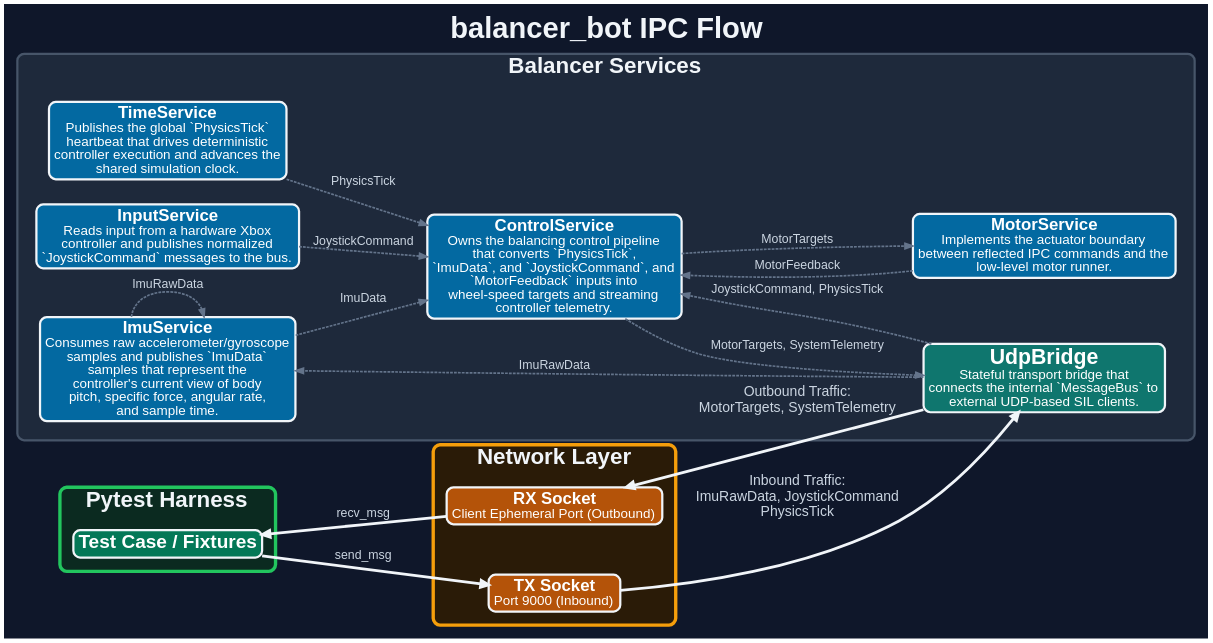
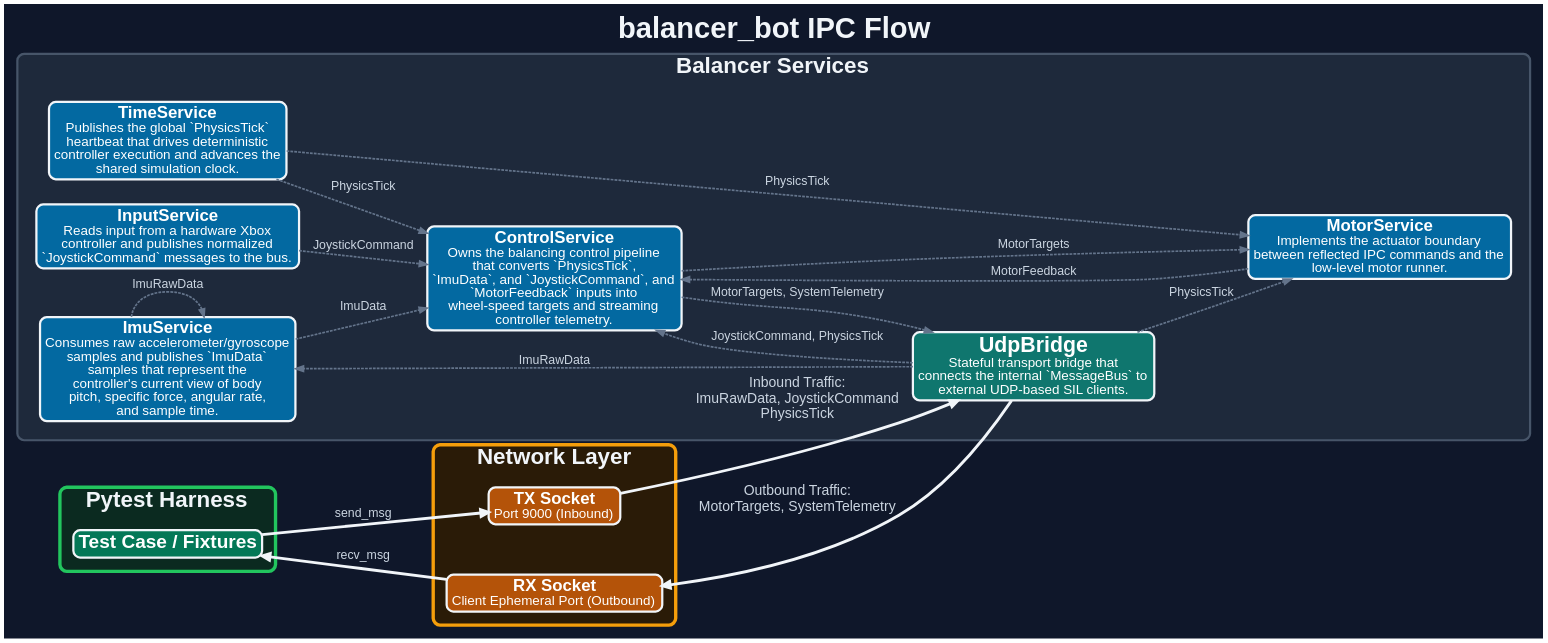
One commit to AxelBjork/balancer_bot changed the diagram in doc/ipc/ipc_flow.dot. Above: the diagram before and after it, drawn with Graphviz. The commit also changed 29 other files, not shown here.

```diff
--- a/doc/ipc/ipc_flow.dot
+++ b/doc/ipc/ipc_flow.dot
@@ -1,98 +1,100 @@
 digraph IPC {
   rankdir=LR;
   bgcolor="#0F172A";
   pad=0.22;
   nodesep=0.62;
   ranksep=0.70;
   splines=spline;
   remincross=true;
 
   fontname="Helvetica,Arial,sans-serif";
   fontsize=52;
   fontcolor="#F1F5F9";
   label=<<B>balancer_bot IPC Flow</B>>;
   labelloc="t";
 
   node [fontname="Helvetica,Arial,sans-serif", shape=rect, style="filled,rounded", fixedsize=false, margin="0.12,0.08", fontsize=28, fontcolor="#FFFFFF", penwidth=4, color="#F1F5F9"];
 
   edge [fontname="Helvetica,Arial,sans-serif", fontsize=22, fontcolor="#CBD5E1", color="#64748B", penwidth=3.0, arrowsize=1.4, labelfloat=false, labeldistance=0.8, labelangle=10];
 
   subgraph cluster_sim {
     label=<<B><FONT POINT-SIZE="40">Balancer Services</FONT></B>>;
     fontcolor="#F1F5F9";
     style="rounded,filled";
     color="#475569";
     penwidth=4;
     fillcolor="#1E293B";
     margin=34;
     ImuService [
       fillcolor="#0369A1",
       label=<<B><FONT POINT-SIZE="30">ImuService</FONT></B><BR/><FONT POINT-SIZE="24">Consumes raw accelerometer/gyroscope<BR/>samples and publishes `ImuData`<BR/>samples that represent the<BR/>controller&apos;s current view of body<BR/>pitch, specific force, angular rate,<BR/>and sample time.</FONT>>
     ];
     TimeService [
       fillcolor="#0369A1",
       label=<<B><FONT POINT-SIZE="30">TimeService</FONT></B><BR/><FONT POINT-SIZE="24">Publishes the global `PhysicsTick`<BR/>heartbeat that drives deterministic<BR/>controller execution and advances the<BR/>shared simulation clock.</FONT>>
     ];
     ControlService [
       fillcolor="#0369A1",
       label=<<B><FONT POINT-SIZE="30">ControlService</FONT></B><BR/><FONT POINT-SIZE="24">Owns the balancing control pipeline<BR/>that converts `PhysicsTick`,<BR/>`ImuData`, and `JoystickCommand`, and<BR/>`MotorFeedback` inputs into<BR/>wheel-speed targets and streaming<BR/>controller telemetry.</FONT>>
     ];
     MotorService [
       fillcolor="#0369A1",
       label=<<B><FONT POINT-SIZE="30">MotorService</FONT></B><BR/><FONT POINT-SIZE="24">Implements the actuator boundary<BR/>between reflected IPC commands and the<BR/>low-level motor runner.</FONT>>
     ];
     InputService [
       fillcolor="#0369A1",
       label=<<B><FONT POINT-SIZE="30">InputService</FONT></B><BR/><FONT POINT-SIZE="24">Reads input from a hardware Xbox<BR/>controller and publishes normalized<BR/>`JoystickCommand` messages to the bus.</FONT>>
     ];
     UdpBridge [
       fillcolor="#0F766E",
       label=<<B><FONT POINT-SIZE="38">UdpBridge</FONT></B><BR/><FONT POINT-SIZE="24">Stateful transport bridge that<BR/>connects the internal `MessageBus` to<BR/>external UDP-based SIL clients.</FONT>>
     ];
   }
 
   subgraph cluster_sockets {
     label=<<B><FONT POINT-SIZE="40">Network Layer</FONT></B>>;
     fontcolor="#F1F5F9";
     style="rounded,filled";
     color="#F59E0B";
     penwidth=6;
     fillcolor="#2A1B07";
     margin=24;
 
     { rank=same; TX; RX; }
 
     TX [fillcolor="#B45309", label=<<B><FONT POINT-SIZE="30">TX Socket</FONT></B><BR/><FONT POINT-SIZE="24">Port 9000 (Inbound)</FONT>>];
     RX [fillcolor="#B45309", label=<<B><FONT POINT-SIZE="30">RX Socket</FONT></B><BR/><FONT POINT-SIZE="24">Client Ephemeral Port (Outbound)</FONT>>];
     TX -> RX [style=invis, weight=50, constraint=false];
   }
 
   subgraph cluster_pytest {
     label=<<B><FONT POINT-SIZE="40">Pytest Harness</FONT></B>>;
     fontcolor="#F1F5F9";
     style="rounded,filled";
     color="#22C55E";
     penwidth=6;
     fillcolor="#0B2A20";
     margin=24;
 
     TestCase [fillcolor="#047857", label=<<B><FONT POINT-SIZE="34">Test Case / Fixtures</FONT></B>>];
   }
 
   TestCase -> TX [label="send_msg", color="#F1F5F9", penwidth=5];
   TX -> UdpBridge [label="Inbound Traffic:\nImuRawData, JoystickCommand\nPhysicsTick", color="#F1F5F9", penwidth=5, fontsize=25];
 
   // Internal Service Logic
   ControlService -> MotorService [label="MotorTargets", style=dashed];
   ControlService -> UdpBridge [label="MotorTargets, SystemTelemetry", style=dashed];
   ImuService -> ControlService [label="ImuData", style=dashed];
   ImuService -> ImuService [label="ImuRawData", style=dashed];
   InputService -> ControlService [label="JoystickCommand", style=dashed];
   MotorService -> ControlService [label="MotorFeedback", style=dashed];
   TimeService -> ControlService [label="PhysicsTick", style=dashed];
+  TimeService -> MotorService [label="PhysicsTick", style=dashed];
   UdpBridge -> ControlService [label="JoystickCommand, PhysicsTick", style=dashed];
   UdpBridge -> ImuService [label="ImuRawData", style=dashed];
+  UdpBridge -> MotorService [label="PhysicsTick", style=dashed];
 
   RX -> UdpBridge [label="Outbound Traffic:\nMotorTargets, SystemTelemetry", color="#F1F5F9", penwidth=5, dir=back, fontsize=25, arrowtail=normal];
   TestCase -> RX [label="recv_msg", color="#F1F5F9", penwidth=5, dir=back, arrowtail=normal];
 }
```
